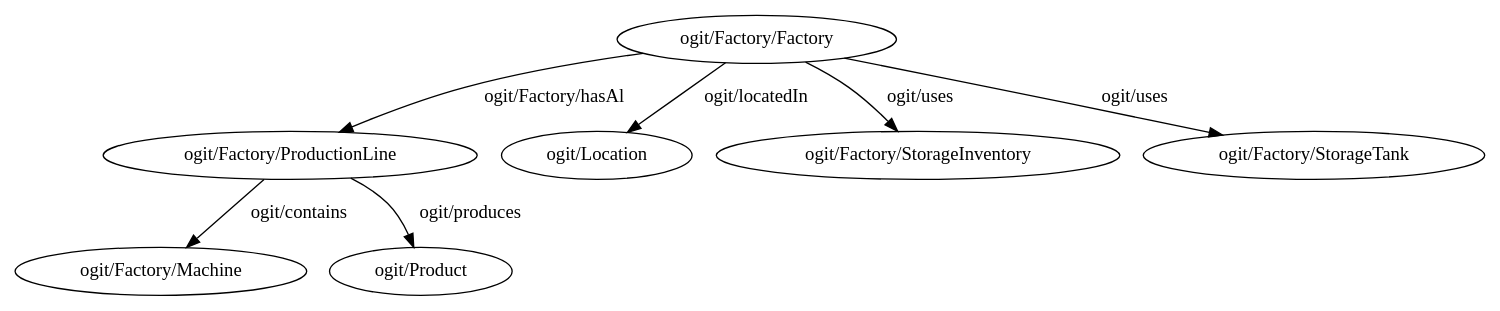
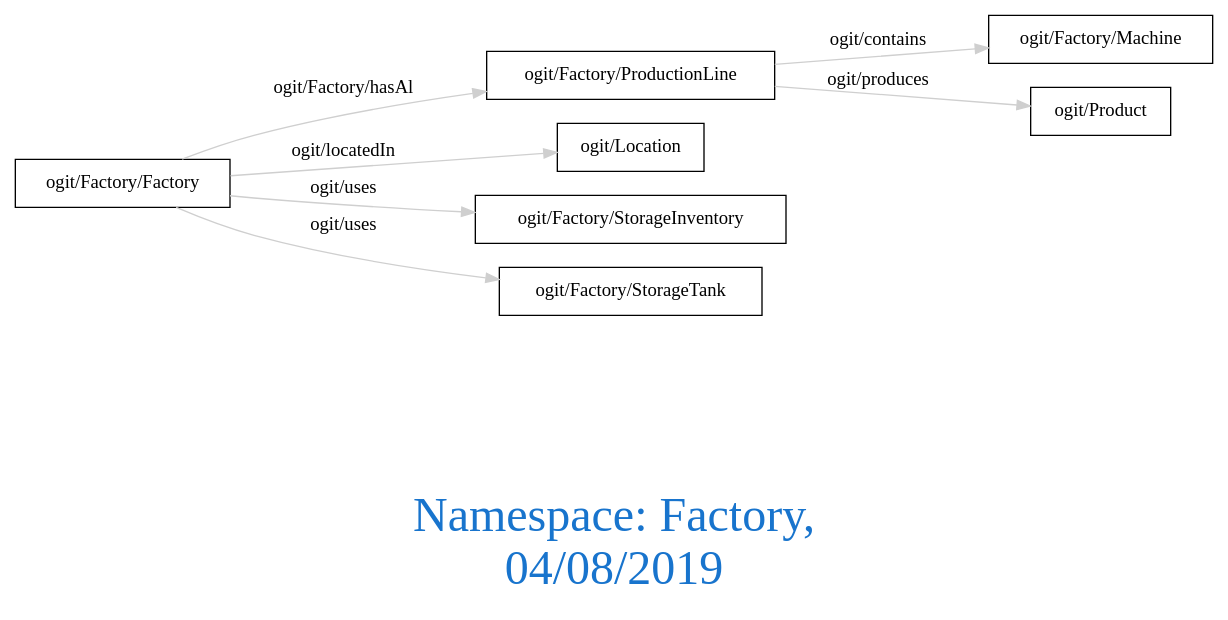
One commit to arago/OGIT changed the diagram in downloads/Factory.dot. Above: the diagram before and after it, drawn with Graphviz. The commit also changed 1332 other files, not shown here.

```diff
--- a/downloads/Factory.dot
+++ b/downloads/Factory.dot
@@ -1,8 +1,13 @@
 digraph OGIT_ontology {
+ graph [ rankdir= LR,fontsize = 36,
+fontcolor= dodgerblue3,label = "\n\n\nNamespace: Factory, \n 04/08/2019"];
+node[shape=polygon];
+edge [  color="gray81"];
+
    "ogit/Factory/ProductionLine" -> "ogit/Factory/Machine" [label="ogit/contains    "];
    "ogit/Factory/Factory" -> "ogit/Factory/ProductionLine" [label="ogit/Factory/hasAl    "];
    "ogit/Factory/Factory" -> "ogit/Location" [label="ogit/locatedIn    "];
    "ogit/Factory/ProductionLine" -> "ogit/Product" [label="ogit/produces    "];
    "ogit/Factory/Factory" -> "ogit/Factory/StorageInventory" [label="ogit/uses    "];
    "ogit/Factory/Factory" -> "ogit/Factory/StorageTank" [label="ogit/uses    "];
 }
```
